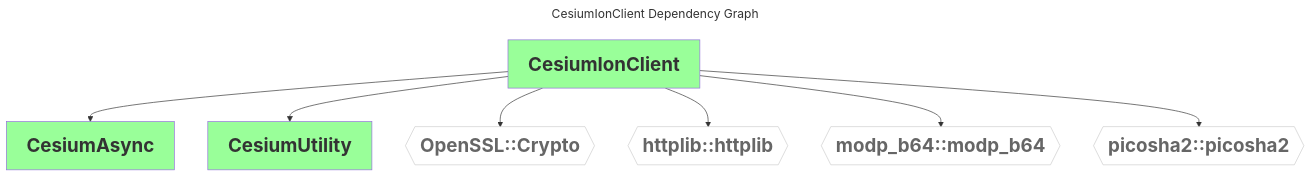
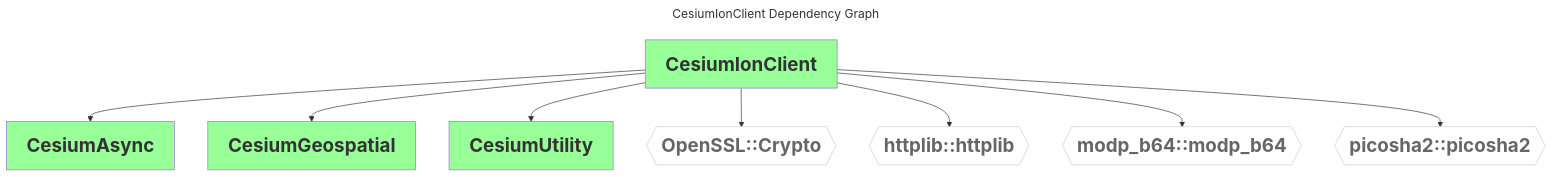
One commit to CesiumGS/cesium-native changed the diagram in doc/diagrams/dependencies/CesiumIonClient.mmd. Above: the diagram before and after it, drawn with Mermaid. The commit also changed 4 other files, not shown here.

Commit message:
Update dependency graphs

```diff
--- a/doc/diagrams/dependencies/CesiumIonClient.mmd
+++ b/doc/diagrams/dependencies/CesiumIonClient.mmd
@@ -1,16 +1,17 @@
 ---
 comment: This file was generated by dep-graph-gen. DO NOT EDIT THIS FILE!
 
 title: CesiumIonClient Dependency Graph
 ---
 graph TD
   classDef dependencyNode fill:#fff,stroke:#ccc,color:#666,font-weight:bold,font-size:28px
   classDef libraryNode fill:#9f9,font-weight:bold,font-size:28px
   CesiumIonClient[CesiumIonClient] --> CesiumAsync[CesiumAsync]
+  CesiumIonClient[CesiumIonClient] --> CesiumGeospatial[CesiumGeospatial]
   CesiumIonClient[CesiumIonClient] --> CesiumUtility[CesiumUtility]
   CesiumIonClient[CesiumIonClient] --> OpenSSL_Crypto{{OpenSSL::Crypto}}
   CesiumIonClient[CesiumIonClient] --> httplib_httplib{{httplib::httplib}}
   CesiumIonClient[CesiumIonClient] --> modp_b64_modp_b64{{modp_b64::modp_b64}}
   CesiumIonClient[CesiumIonClient] --> picosha2_picosha2{{picosha2::picosha2}}
   class OpenSSL_Crypto,httplib_httplib,modp_b64_modp_b64,picosha2_picosha2 dependencyNode
-  class CesiumAsync,CesiumUtility,CesiumIonClient libraryNode
+  class CesiumAsync,CesiumGeospatial,CesiumUtility,CesiumIonClient libraryNode
```
